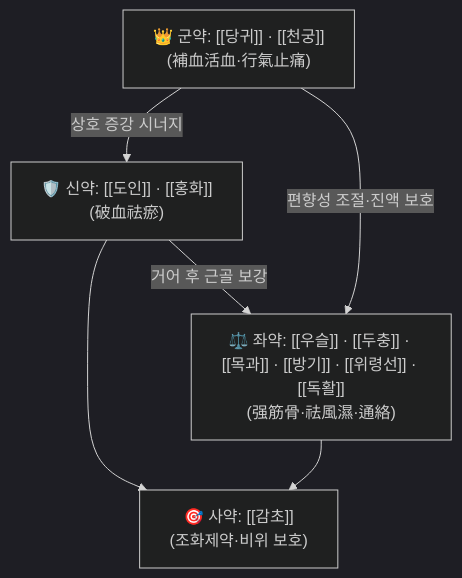
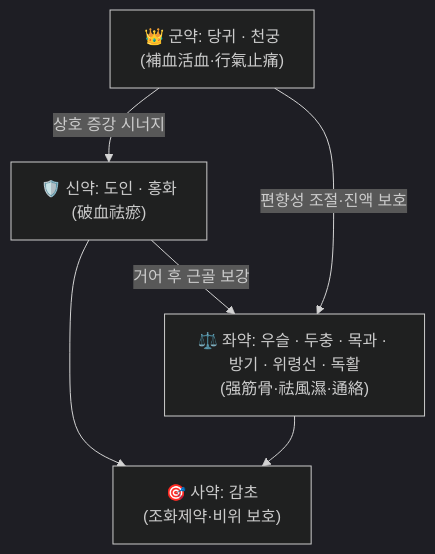
Before and after one commit to simbio11/simbio-digital-garden2: the diagram in content/2. 약리 공부/처방/05_활혈거어·지혈제/증보활혈탕.md, drawn with Mermaid (dark theme). The commit also changed other lines of this file and 105 other files, not shown here.

````diff
--- a/content/2. 약리 공부/처방/05_활혈거어·지혈제/증보활혈탕.md
+++ b/content/2. 약리 공부/처방/05_활혈거어·지혈제/증보활혈탕.md
@@ -62,8 +63,8 @@
 ```mermaid
 graph TD
-    Gun["👑 군약: [[당귀]] · [[천궁]]<br>(補血活血·行氣止痛)"] -->|상호 증강 시너지| Sin["🛡️ 신약: [[도인]] · [[홍화]]<br>(破血祛瘀)"]
-    Gun -->|편향성 조절·진액 보호| Jwa["⚖️ 좌약: [[우슬]] · [[두충]] · [[목과]] · [[방기]] · [[위령선]] · [[독활]]<br>(强筋骨·祛風濕·通絡)"]
-    Sin --> Sa["🎯 사약: [[감초]]<br>(조화제약·비위 보호)"]
+    Gun["👑 군약: 당귀 · 천궁<br>(補血活血·行氣止痛)"] -->|상호 증강 시너지| Sin["🛡️ 신약: 도인 · 홍화<br>(破血祛瘀)"]
+    Gun -->|편향성 조절·진액 보호| Jwa["⚖️ 좌약: 우슬 · 두충 · 목과 · 방기 · 위령선 · 독활<br>(强筋骨·祛風濕·通絡)"]
+    Sin --> Sa["🎯 사약: 감초<br>(조화제약·비위 보호)"]
     Jwa --> Sa
     Sin -->|거어 후 근골 보강| Jwa
 ```
````
